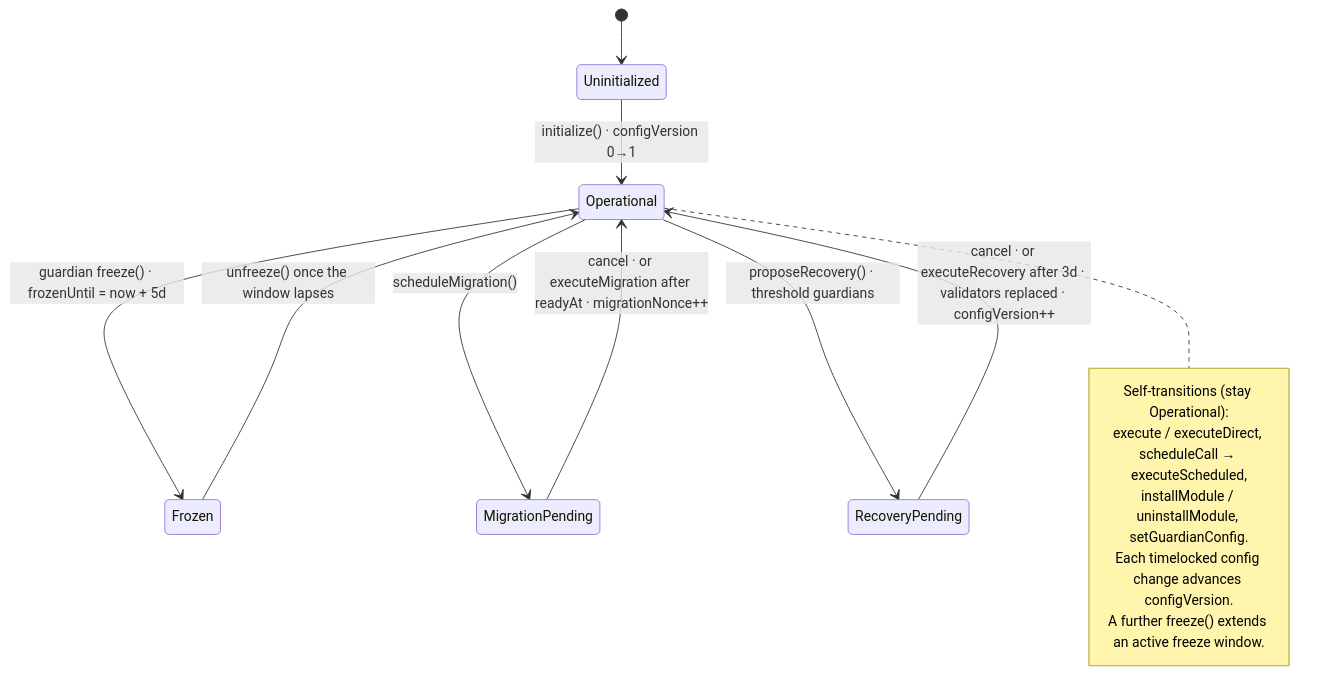
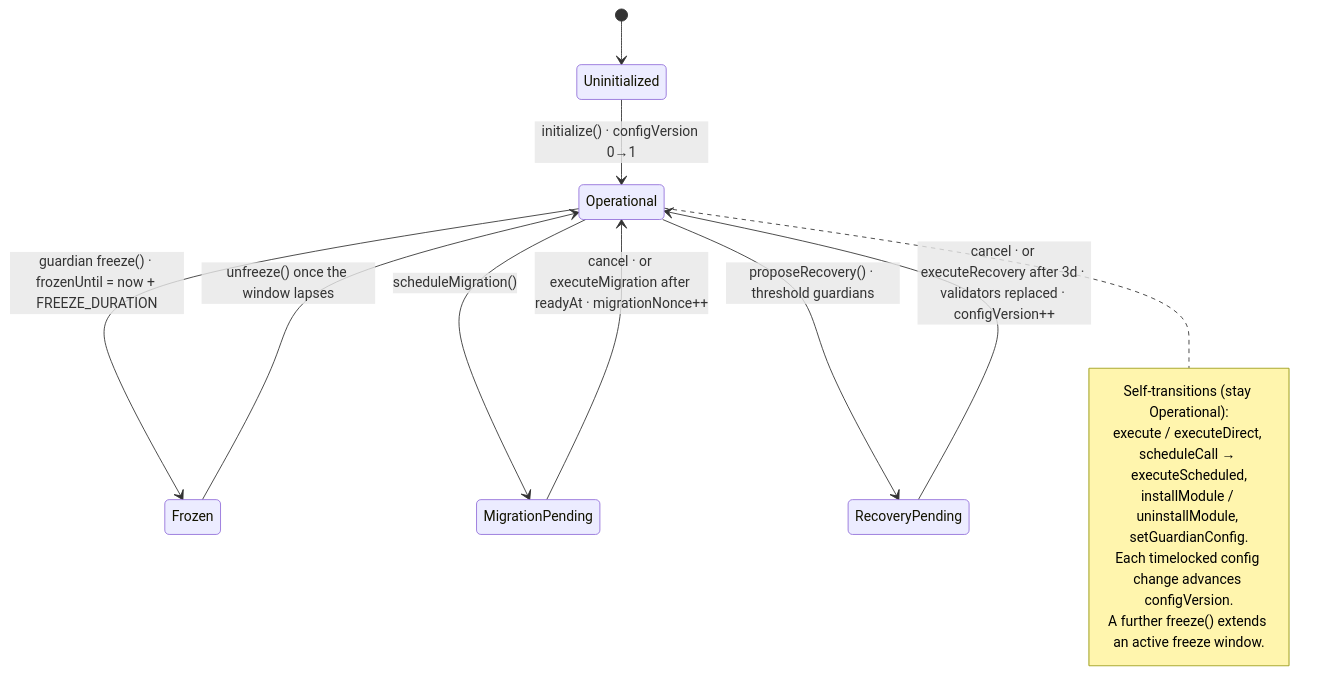
One commit to emirongrr/loom changed the diagram in docs/design/lifecycle.md. Above: the diagram before and after it, drawn with Mermaid. The commit also changed 5 other files, not shown here.

````diff
--- a/docs/design/lifecycle.md
+++ b/docs/design/lifecycle.md
@@ -25,23 +25,23 @@
 ```mermaid
 stateDiagram-v2
     direction TB
     [*] --> Uninitialized
     Uninitialized --> Operational: initialize() · configVersion 0→1
 
-    Operational --> Frozen: guardian freeze() · frozenUntil = now + 5d
+    Operational --> Frozen: guardian freeze() · frozenUntil = now + FREEZE_DURATION
     Frozen --> Operational: unfreeze() once the window lapses
 
     Operational --> MigrationPending: scheduleMigration()
     MigrationPending --> Operational: cancel · or executeMigration after readyAt · migrationNonce++
 
     Operational --> RecoveryPending: proposeRecovery() · threshold guardians
     RecoveryPending --> Operational: cancel · or executeRecovery after 3d · validators replaced · configVersion++
 
     note right of Operational
         Self-transitions (stay Operational):
         execute / executeDirect, scheduleCall → executeScheduled,
         installModule / uninstallModule, setGuardianConfig.
         Each timelocked config change advances configVersion.
         A further freeze() extends an active freeze window.
     end note
 ```
````
